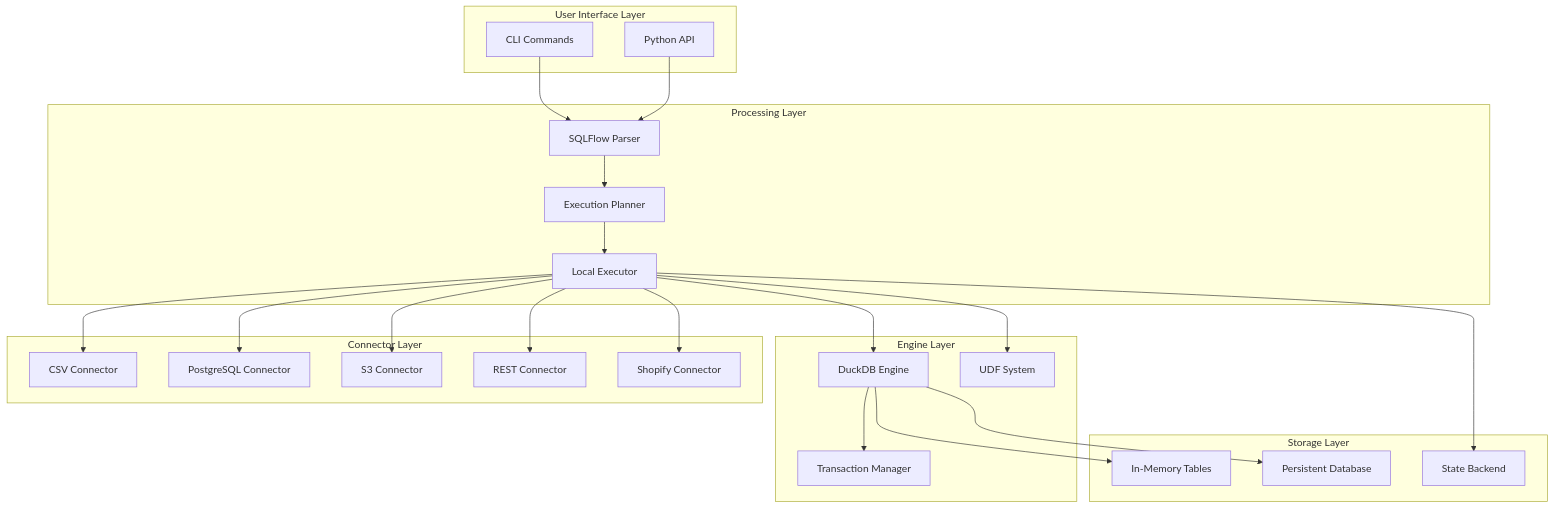
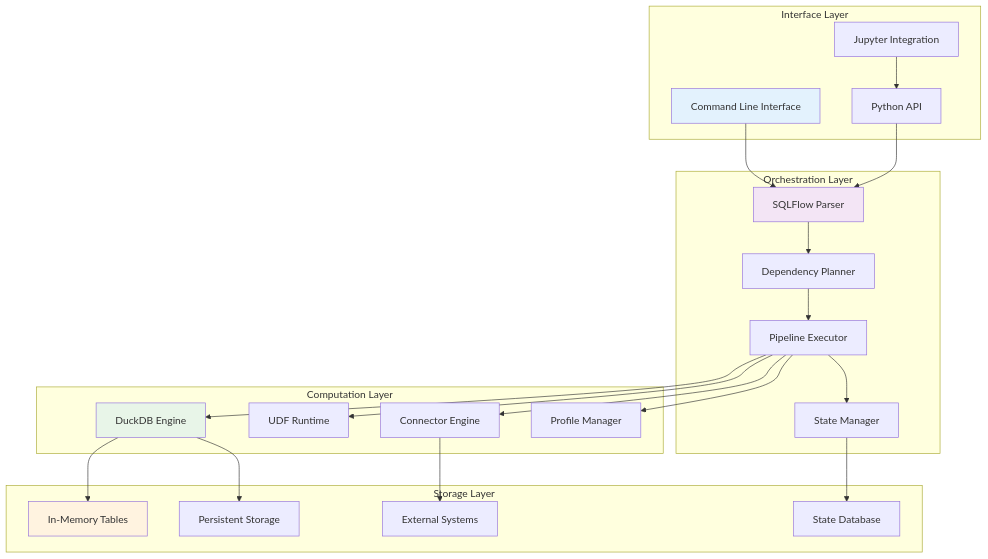
One commit to giaosudau/sqlflow changed the fourth of 10 diagrams in docs/developer-guides/architecture-deep-dive.md. Above: the diagram before and after it, drawn with Mermaid. The commit also changed other lines of this file and 2 other files, not shown here.

````diff
--- a/docs/developer-guides/architecture-deep-dive.md
+++ b/docs/developer-guides/architecture-deep-dive.md
@@ -21,49 +140,52 @@
 ```mermaid
 graph TB
-    subgraph "User Interface Layer"
-        CLI[CLI Commands]
+    subgraph "Interface Layer"
+        CLI[Command Line Interface]
         API[Python API]
+        Notebooks[Jupyter Integration]
     end
     
-    subgraph "Processing Layer"
+    subgraph "Orchestration Layer" 
         Parser[SQLFlow Parser]
-        Planner[Execution Planner]
-        Executor[Local Executor]
+        Planner[Dependency Planner]
+        Executor[Pipeline Executor]
+        State[State Manager]
     end
     
-    subgraph "Engine Layer"
+    subgraph "Computation Layer"
         DuckDB[DuckDB Engine]
-        UDF[UDF System]
-        TxnMgr[Transaction Manager]
-    end
-    
-    subgraph "Connector Layer"
-        CSV[CSV Connector]
-        PG[PostgreSQL Connector] 
-        S3[S3 Connector]
-        REST[REST Connector]
-        Shopify[Shopify Connector]
+        UDFSystem[UDF Runtime]
+        ConnectorEngine[Connector Engine]
+        Profiles[Profile Manager]
     end
     
     subgraph "Storage Layer"
         Memory[In-Memory Tables]
-        Persistent[Persistent Database]
-        State[State Backend]
+        Persistent[Persistent Storage] 
+        External[External Systems]
+        StateDB[State Database]
     end
     
     CLI --> Parser
     API --> Parser
+    Notebooks --> API
+    
     Parser --> Planner
     Planner --> Executor
+    Executor --> State
+    
     Executor --> DuckDB
-    Executor --> UDF
-    DuckDB --> TxnMgr
-    Executor --> CSV
-    Executor --> PG
-    Executor --> S3
-    Executor --> REST
-    Executor --> Shopify
+    Executor --> UDFSystem
+    Executor --> ConnectorEngine
+    Executor --> Profiles
+    
     DuckDB --> Memory
     DuckDB --> Persistent
-    Executor --> State
+    ConnectorEngine --> External
+    State --> StateDB
+    
+    style CLI fill:#e3f2fd
+    style Parser fill:#f3e5f5
+    style DuckDB fill:#e8f5e8
+    style Memory fill:#fff3e0
 ```
````
